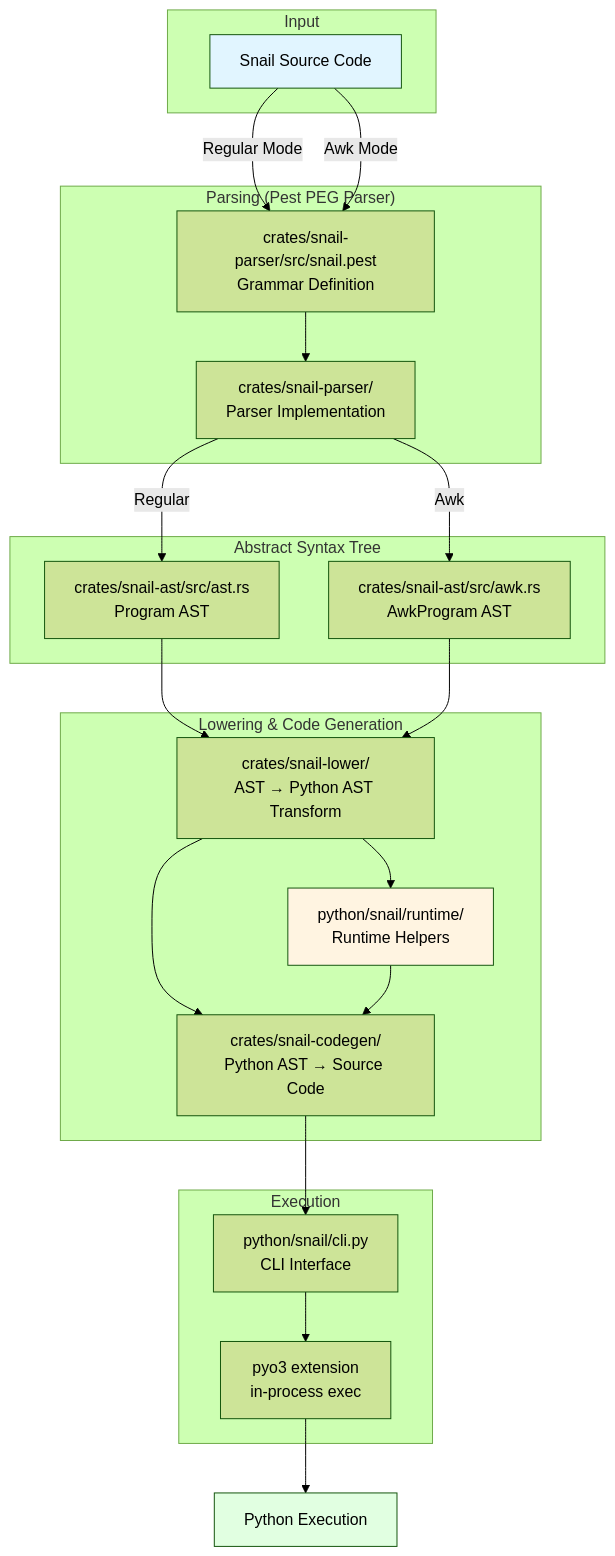
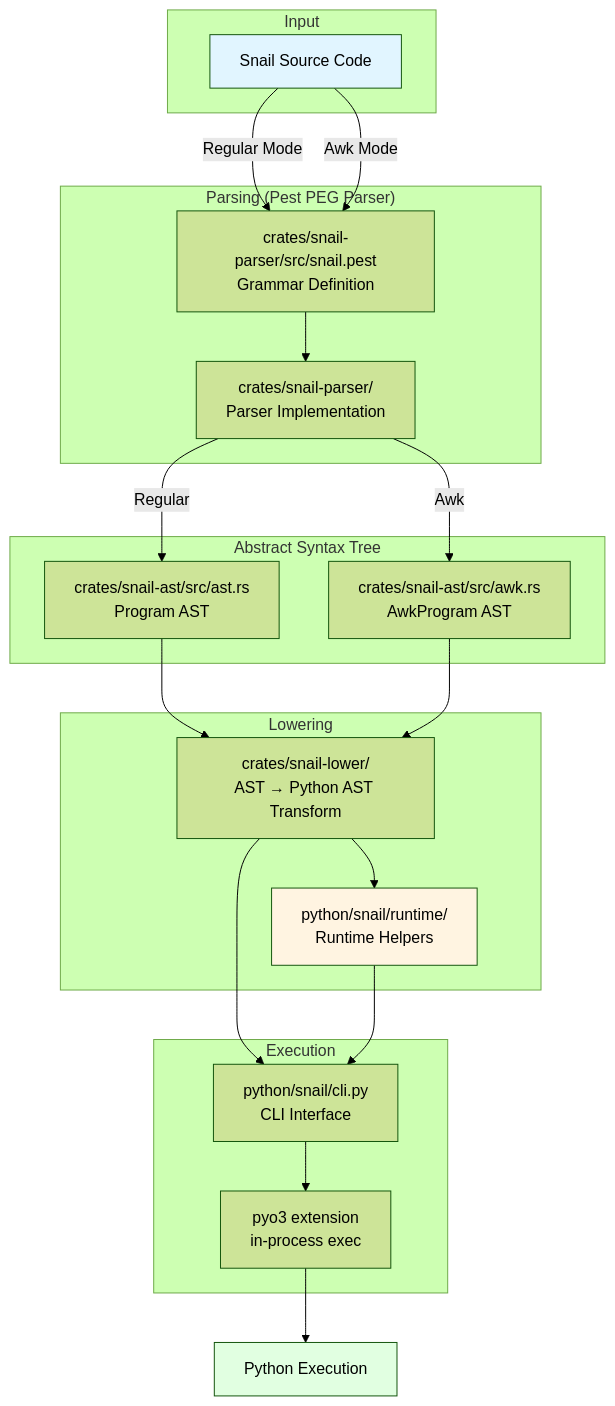
One commit to sudonym1/snail changed the diagram in README.md. Above: the diagram before and after it, drawn with Mermaid (forest theme). The commit also changed other lines of this file and 31 other files, not shown here.

Commit message:
Use Python ast nodes for lowering

````diff
--- a/README.md
+++ b/README.md
@@ -155,45 +155,43 @@
 ```mermaid
 flowchart TB
     subgraph Input
         A[Snail Source Code]
     end
 
     subgraph Parsing["Parsing (Pest PEG Parser)"]
         B1[crates/snail-parser/src/snail.pest<br/>Grammar Definition]
         B2[crates/snail-parser/<br/>Parser Implementation]
     end
 
     subgraph AST["Abstract Syntax Tree"]
         C1[crates/snail-ast/src/ast.rs<br/>Program AST]
         C2[crates/snail-ast/src/awk.rs<br/>AwkProgram AST]
     end
 
-    subgraph Lowering["Lowering & Code Generation"]
+    subgraph Lowering["Lowering"]
         D1[crates/snail-lower/<br/>AST → Python AST Transform]
         D2[python/snail/runtime/<br/>Runtime Helpers]
-        D3[crates/snail-codegen/<br/>Python AST → Source Code]
     end
 
     subgraph Execution
         E1[python/snail/cli.py<br/>CLI Interface]
         E2[pyo3 extension<br/>in-process exec]
     end
 
     A -->|Regular Mode| B1
     A -->|Awk Mode| B1
     B1 --> B2
     B2 -->|Regular| C1
     B2 -->|Awk| C2
     C1 --> D1
     C2 --> D1
     D1 --> D2
-    D1 --> D3
-    D2 --> D3
-    D3 --> E1
+    D1 --> E1
+    D2 --> E1
     E1 --> E2
     E2 --> F[Python Execution]
 
     style A fill:#e1f5ff
     style F fill:#e1ffe1
     style D2 fill:#fff4e1
 ```
````
